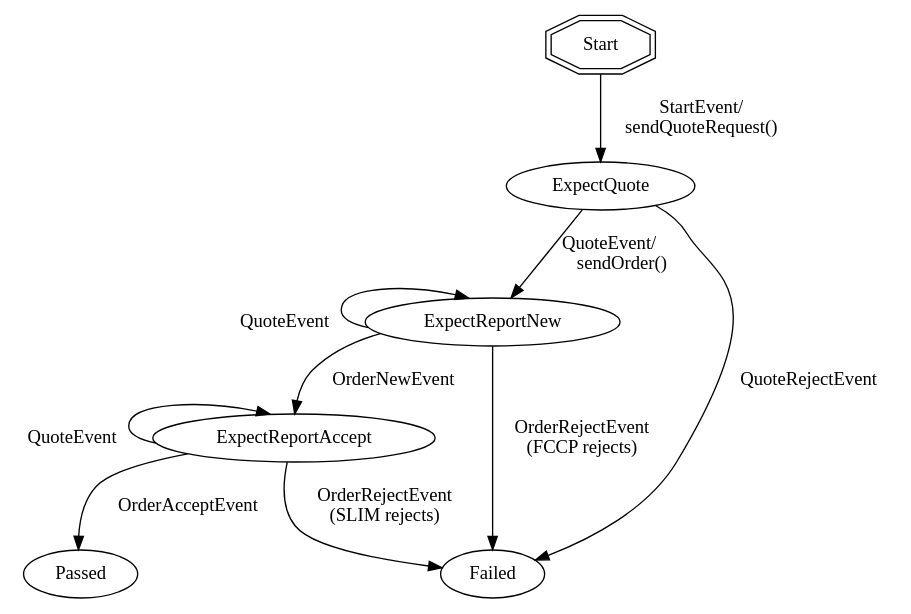
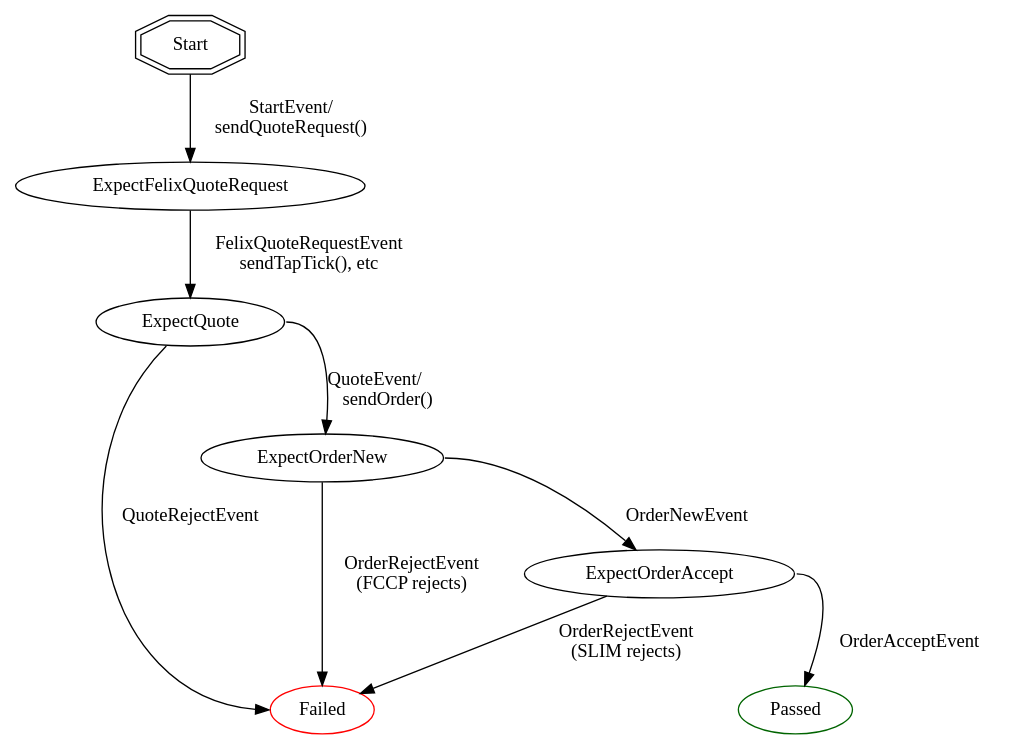
One commit to giantchen/azurespider changed the diagram in AzureSpider/OrderAccept.dot. Above: the diagram before and after it, drawn with Graphviz. The commit also changed 8 other files, not shown here.

Commit message:
more state charts.

```diff
--- a/AzureSpider/OrderAccept.dot
+++ b/AzureSpider/OrderAccept.dot
@@ -1,13 +1,17 @@
-digraph "g" {
-  // edge [labelfloat];
+digraph "OrderAccept" {
   "Start" [shape = doubleoctagon];
-  "Start" -> "ExpectQuote" [label="StartEvent/\n sendQuoteRequest()"];
-  "ExpectQuote" -> "ExpectReportNew"[label="QuoteEvent/\lsendOrder()"];
-  "ExpectQuote" -> "Failed"[label="QuoteRejectEvent"];
-  "ExpectReportNew" -> "ExpectReportAccept" [label=" OrderNewEvent"];
-  "ExpectReportNew" -> "Failed" [label=" OrderRejectEvent\n (FCCP rejects)"];
-  "ExpectReportNew" -> "ExpectReportNew" [label="QuoteEvent", headport="nw"];
-  "ExpectReportAccept" -> "Passed" [label=" OrderAcceptEvent"];
-  "ExpectReportAccept" -> "Failed" [label=" OrderRejectEvent\n (SLIM rejects)"];
-  "ExpectReportAccept" -> "ExpectReportAccept" [label="QuoteEvent", headport="nw"];  
+  "Passed" [color=darkgreen];
+  "Failed" [color=red];
+  
+  // happy path
+  "Start" -> "ExpectFelixQuoteRequest" [label = "StartEvent/\n sendQuoteRequest()"];
+  "ExpectFelixQuoteRequest" -> "ExpectQuote" [label = "FelixQuoteRequestEvent\nsendTapTick(), etc"];
+  "ExpectQuote" -> "ExpectOrderNew"[label="QuoteEvent/\lsendOrder()", tailport=e];
+  "ExpectOrderNew" -> "ExpectOrderAccept" [label=" OrderNewEvent", tailport=e];
+  "ExpectOrderAccept" -> "Passed" [label="OrderAcceptEvent", tailport=e];
+
+  // fail path
+  "ExpectQuote" -> "Failed"[label="QuoteRejectEvent", tailport=sw, headport=w];
+  "ExpectOrderNew" -> "Failed" [label=" OrderRejectEvent\n (FCCP rejects)"];
+  "ExpectOrderAccept" -> "Failed" [label="OrderRejectEvent\n(SLIM rejects)"];
 }
```
